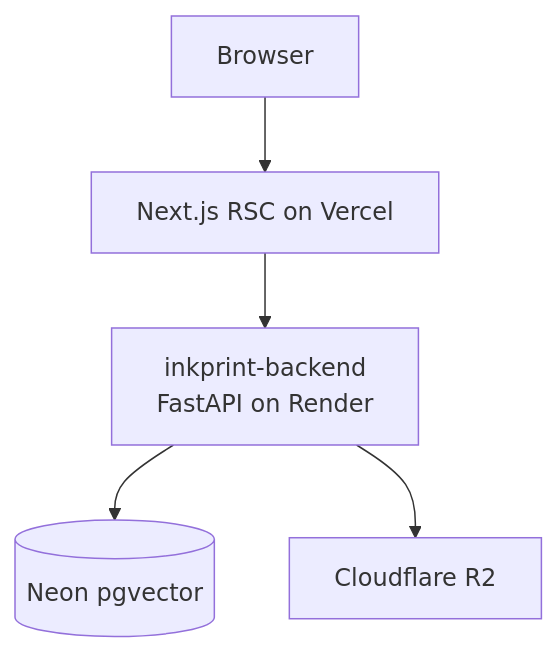
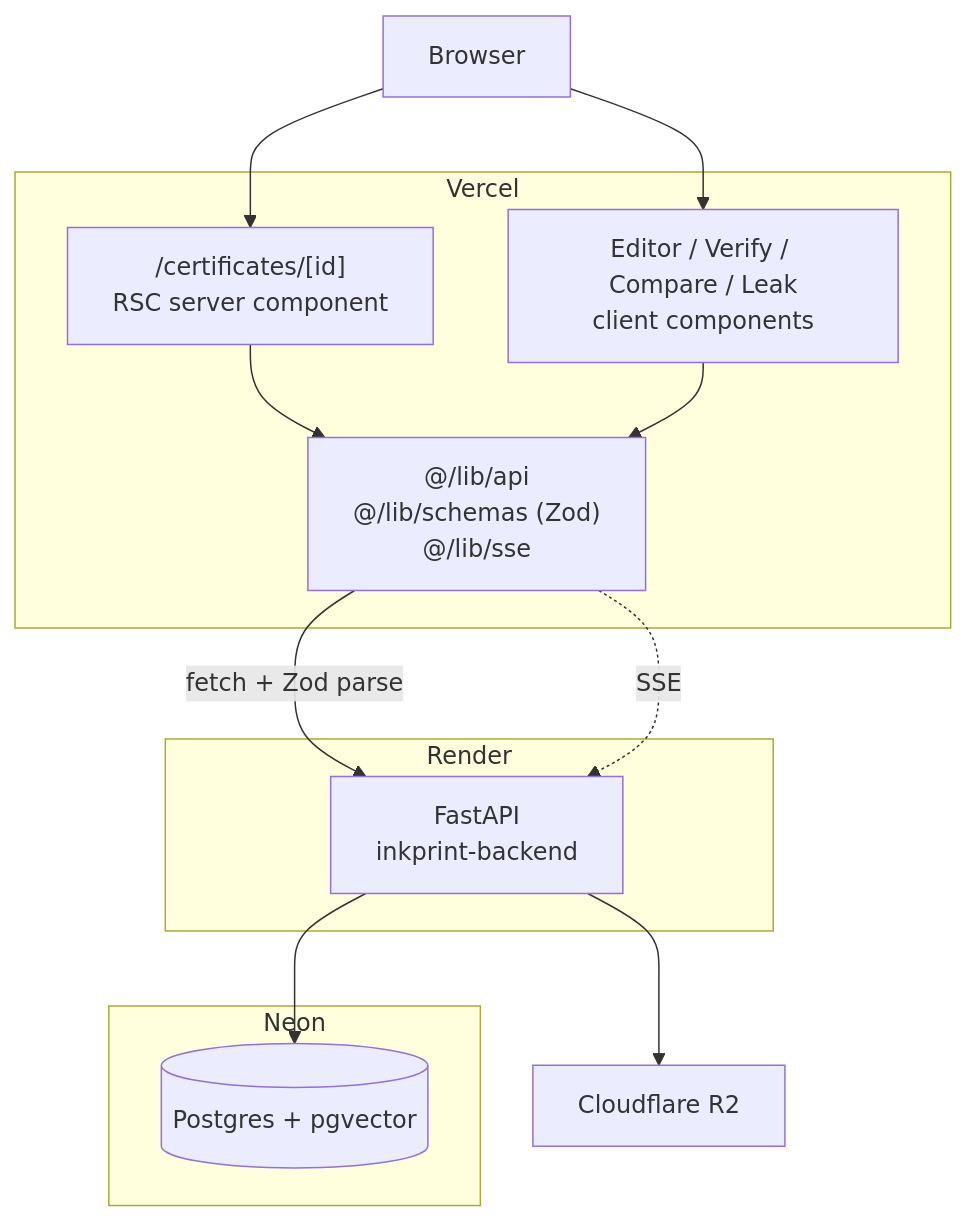
One commit to Abdul-Muizz1310/inkprint-frontend changed the first of 2 diagrams in docs/ARCHITECTURE.md. Above: the diagram before and after it, drawn with Mermaid. The commit also changed other lines of this file and 3 other files, not shown here.

First line of the commit message:
docs: finalize README, WHY, architecture, demo script

````diff
--- a/docs/ARCHITECTURE.md
+++ b/docs/ARCHITECTURE.md
@@ -9,7 +11,25 @@
 ```mermaid
 graph TD
-  Browser[Browser] --> Next[Next.js RSC on Vercel]
-  Next --> API[inkprint-backend<br/>FastAPI on Render]
-  API --> DB[(Neon pgvector)]
-  API --> R2[Cloudflare R2]
+  Browser[Browser]
+  subgraph Vercel
+    RSC["/certificates/[id]<br/>RSC server component"]
+    Client["Editor / Verify / Compare / Leak<br/>client components"]
+    Lib["@/lib/api<br/>@/lib/schemas (Zod)<br/>@/lib/sse"]
+  end
+  subgraph Render
+    API[FastAPI<br/>inkprint-backend]
+  end
+  subgraph Neon
+    DB[(Postgres + pgvector)]
+  end
+  R2[Cloudflare R2]
+
+  Browser --> RSC
+  Browser --> Client
+  RSC --> Lib
+  Client --> Lib
+  Lib -->|fetch + Zod parse| API
+  Lib -.SSE.-> API
+  API --> DB
+  API --> R2
 ```
````
